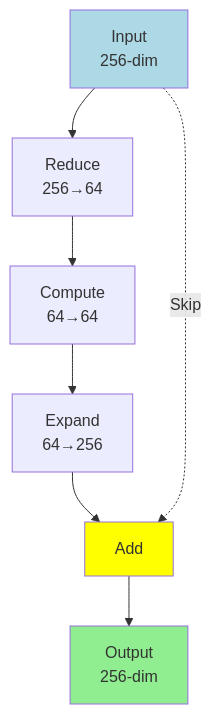
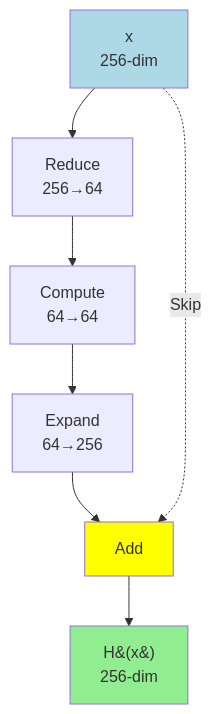
The fourth of 5 diagrams in ai-eng/embedding-anomaly-detection/part1-understanding-resnet.md (snowch/snowch.github.io), drawn with Mermaid before and after one commit. The commit also changed other lines of this file, not shown here.

Commit message:
Fix mermaid diagram rendering for H(x) notation
Use HTML entity encoding (&#40; and &#41;) for parentheses in mermaid diagrams to properly render H(x). Updated Visual Comparison diagrams to use 'x' for input and 'H(x)' for output, consistent with earlier diagrams in the document.

````diff
--- a/ai-eng/embedding-anomaly-detection/part1-understanding-resnet.md
+++ b/ai-eng/embedding-anomaly-detection/part1-understanding-resnet.md
@@ -443,13 +443,13 @@
 ```{mermaid}
 graph TB
-    BB1[Input<br/>256-dim] --> BB2[Reduce<br/>256→64]
+    BB1[x<br/>256-dim] --> BB2[Reduce<br/>256→64]
     BB2 --> BB3[Compute<br/>64→64]
     BB3 --> BB4[Expand<br/>64→256]
     BB4 --> BB5[Add]
     BB1 -.Skip.-> BB5
-    BB5 --> BB6[Output<br/>256-dim]
+    BB5 --> BB6[H&#40;x&#41;<br/>256-dim]
 
     style BB1 fill:#ADD8E6
     style BB6 fill:#90EE90
     style BB5 fill:#FFFF00
 ```
````
